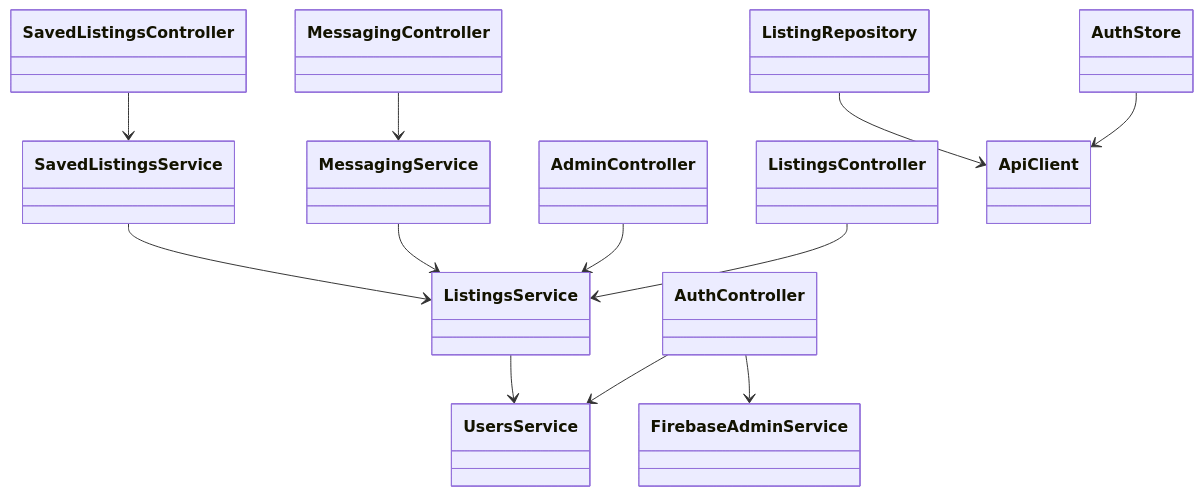
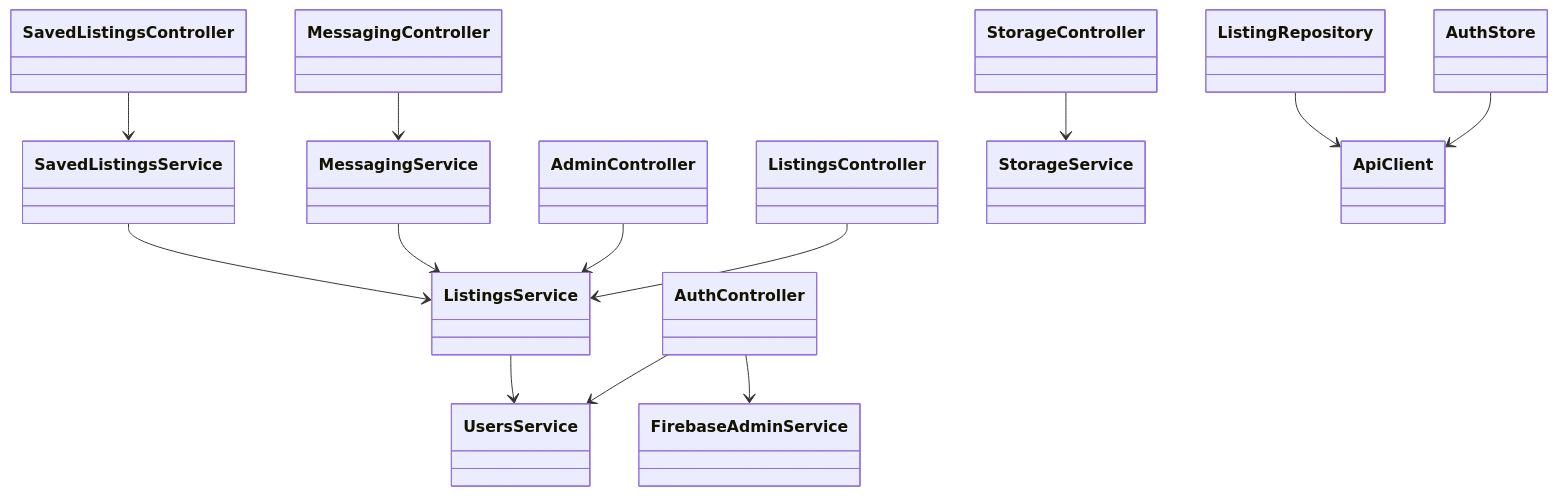
The diagram in docs/diagrams/class-diagram.md (Himansha2001/rently), drawn with Mermaid before and after one commit. The commit also changed 65 other files, not shown here.

````diff
--- a/docs/diagrams/class-diagram.md
+++ b/docs/diagrams/class-diagram.md
@@ -3,28 +3,31 @@
 ```mermaid
 classDiagram
   class AuthController
   class UsersService
   class FirebaseAdminService
   class ListingsController
   class ListingsService
   class AdminController
   class MessagingController
   class MessagingService
   class SavedListingsController
   class SavedListingsService
+  class StorageController
+  class StorageService
   class ApiClient
   class AuthStore
   class ListingRepository
 
   AuthController --> UsersService
   AuthController --> FirebaseAdminService
   ListingsController --> ListingsService
   ListingsService --> UsersService
   AdminController --> ListingsService
   MessagingController --> MessagingService
   MessagingService --> ListingsService
   SavedListingsController --> SavedListingsService
   SavedListingsService --> ListingsService
+  StorageController --> StorageService
   AuthStore --> ApiClient
   ListingRepository --> ApiClient
 ```
````
